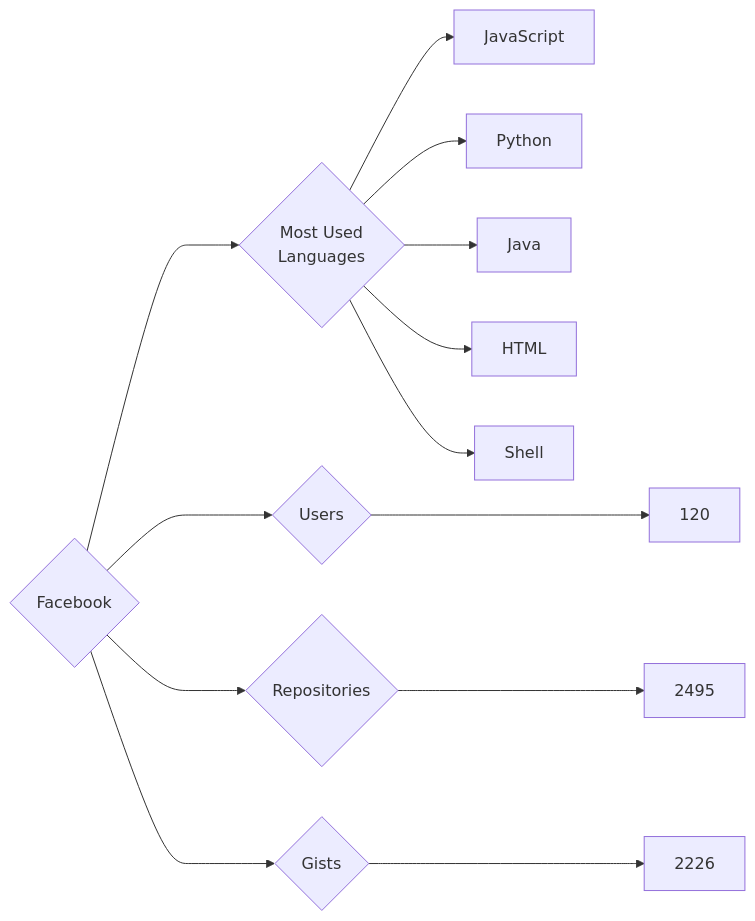
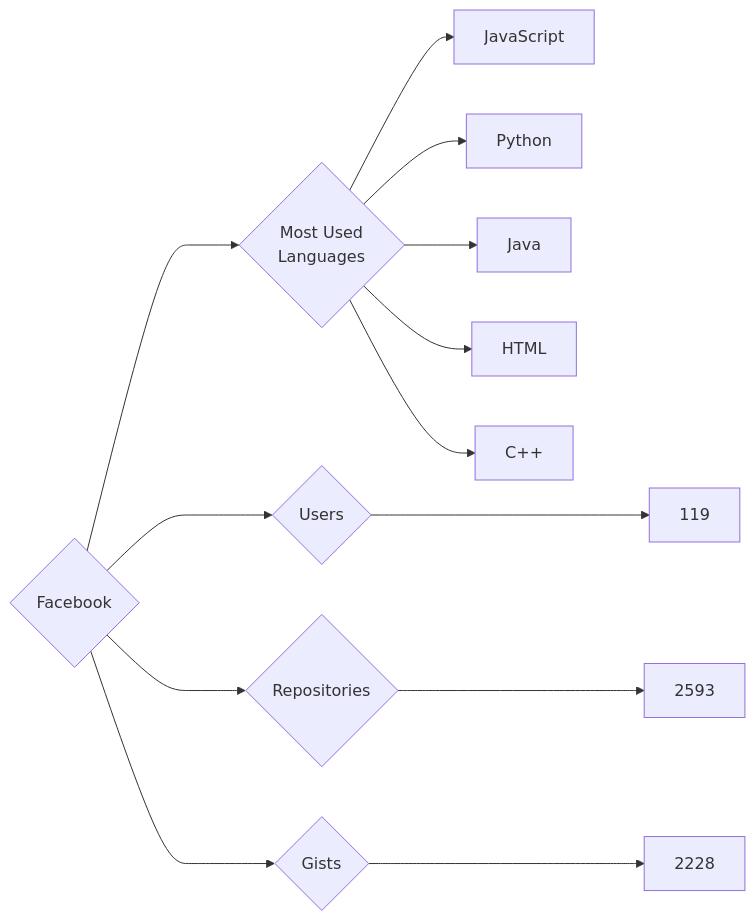
One commit to trickest/insiders changed the diagram in targets/Facebook/README.md. Above: the diagram before and after it, drawn with Mermaid. The commit also changed 895 other files, not shown here.

````diff
--- a/targets/Facebook/README.md
+++ b/targets/Facebook/README.md
@@ -3,13 +3,13 @@
 ```mermaid
 graph LR
 COMPANY_NAME{Facebook}
-COMPANY_NAME ---> U{Users} ---> UN[120]
-COMPANY_NAME ---> R{Repositories} ---> RN[2495]
-COMPANY_NAME ---> G{Gists} ---> GN[2226]
+COMPANY_NAME ---> U{Users} ---> UN[119]
+COMPANY_NAME ---> R{Repositories} ---> RN[2593]
+COMPANY_NAME ---> G{Gists} ---> GN[2228]
 COMPANY_NAME ---> ML{Most Used<br>Languages}
 ML --> JavaScript[JavaScript]
 ML --> Python[Python]
 ML --> Java[Java]
 ML --> HTML[HTML]
-ML --> Shell[Shell]
+ML --> C++[C++]
 ```
````
